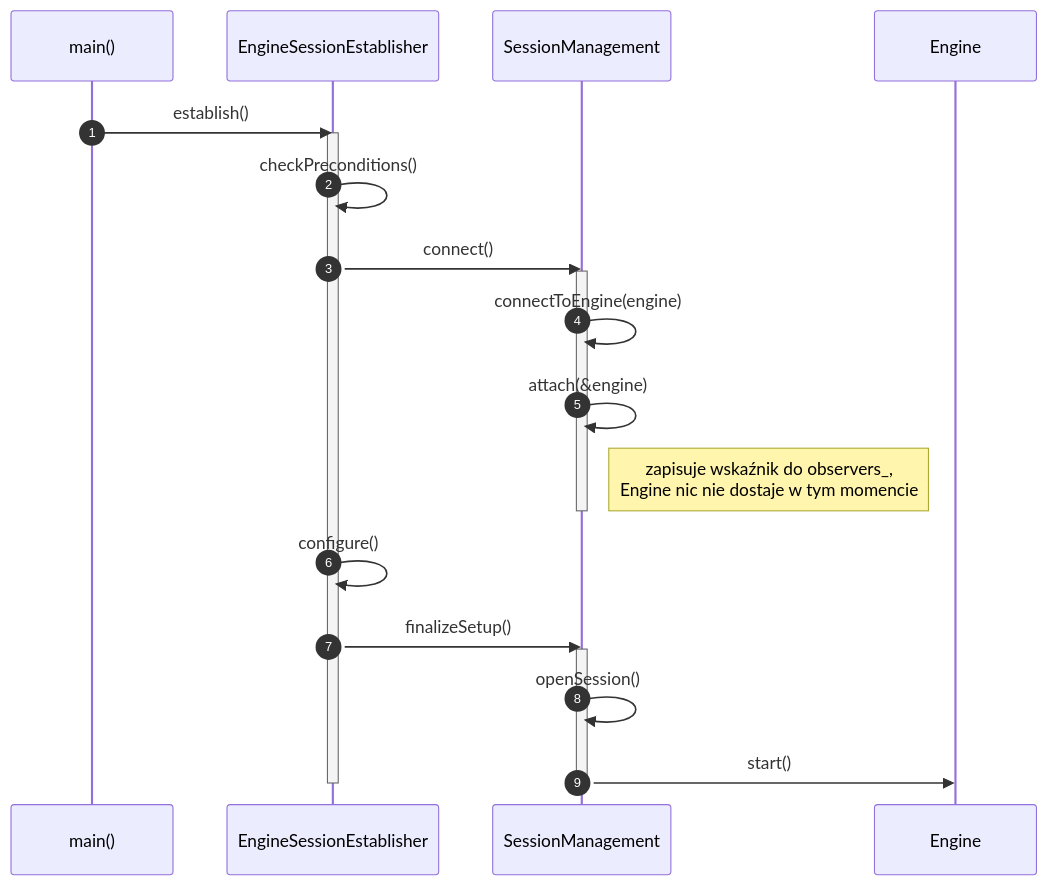
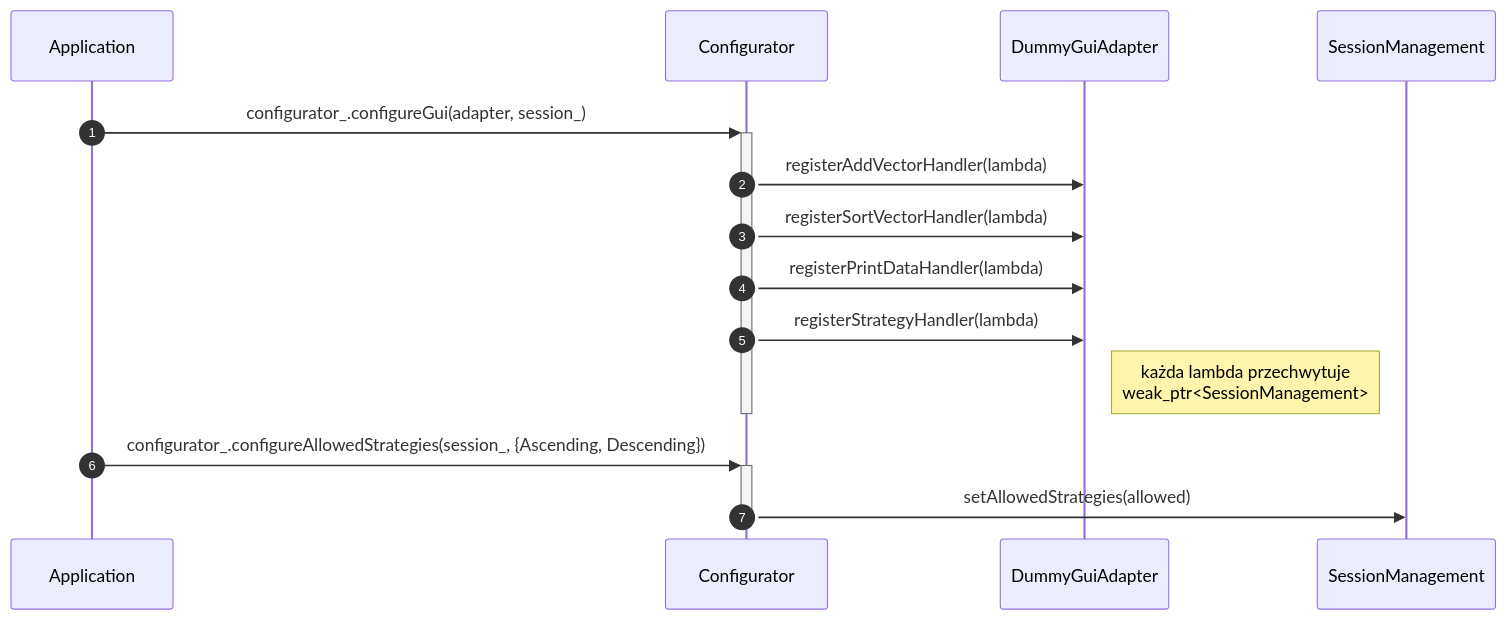
Before and after one commit to RyszardHalapacz/cpp-design-patterns-examples: the third of 6 diagrams in docs/pl/_diagram/diagram_sekwencji.md, drawn with Mermaid. The commit also changed other lines of this file and 3 other files, not shown here.

First line of the commit message:
docs: rewrite class and sequence diagrams to reflect current architecture

````diff
--- a/docs/pl/_diagram/diagram_sekwencji.md
+++ b/docs/pl/_diagram/diagram_sekwencji.md
@@ -83,25 +97,19 @@
 ```mermaid
 sequenceDiagram
     autonumber
-    participant Main as main()
-    participant Est as EngineSessionEstablisher
+    participant App as Application
+    participant Cfg as Configurator
+    participant Adapter as DummyGuiAdapter
     participant Session as SessionManagement
-    participant Eng as Engine
 
-    Main->>Est: establish()
-    activate Est
-    Est->>Est: checkPreconditions()
-    Est->>Session: connect()
-    activate Session
-    Session->>Session: connectToEngine(engine)
-    Session->>Session: attach(&engine)
-    Note right of Session: zapisuje wskaźnik do observers_,<br/>Engine nic nie dostaje w tym momencie
-    deactivate Session
-    Est->>Est: configure()
-    Est->>Session: finalizeSetup()
-    activate Session
-    Session->>Session: openSession()
-    Session->>Eng: start()
-    deactivate Session
-    deactivate Est
+    App->>+Cfg: configurator_.configureGui(adapter, session_)
+    Cfg->>Adapter: registerAddVectorHandler(lambda)
+    Cfg->>Adapter: registerSortVectorHandler(lambda)
+    Cfg->>Adapter: registerPrintDataHandler(lambda)
+    Cfg->>Adapter: registerStrategyHandler(lambda)
+    Note right of Adapter: każda lambda przechwytuje<br/>weak_ptr<SessionManagement>
+    deactivate Cfg
+    App->>+Cfg: configurator_.configureAllowedStrategies(session_, {Ascending, Descending})
+    Cfg->>Session: setAllowedStrategies(allowed)
+    deactivate Cfg
 ```
````
